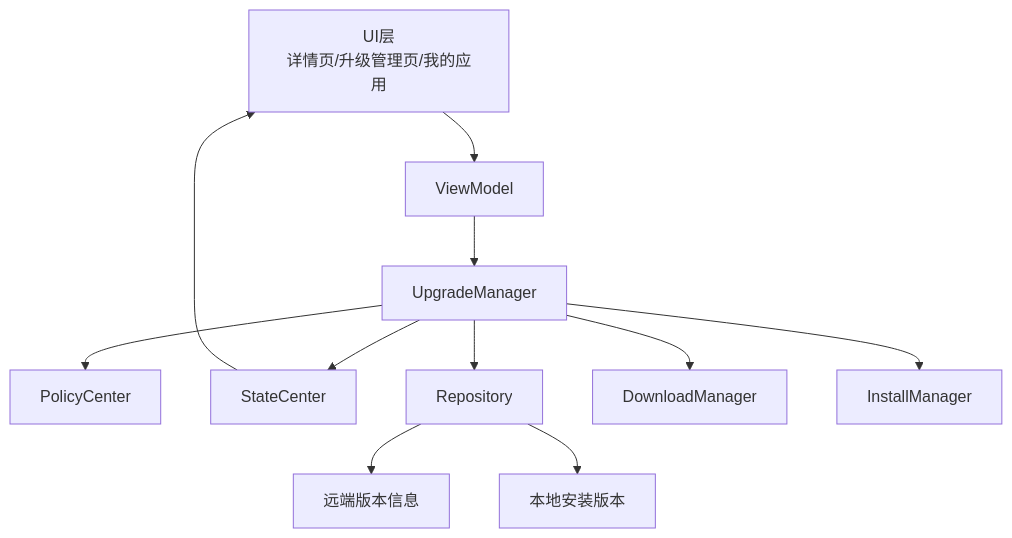
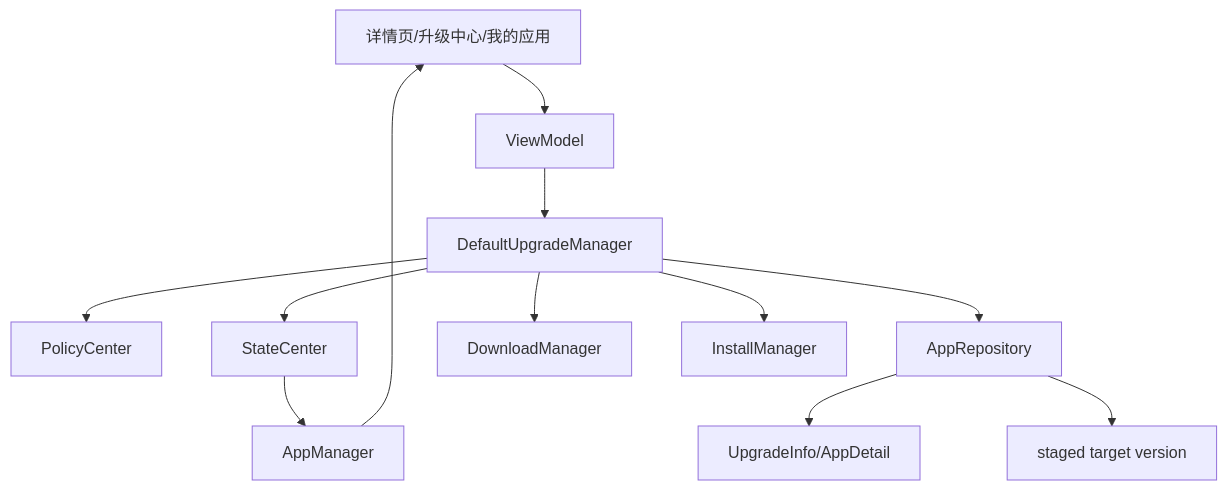
The first of 4 diagrams in docs/11-升级模块架构与流程.md (XZQ/CarAppStore), drawn with Mermaid before and after one commit. The commit also changed other lines of this file and 35 other files, not shown here.

Commit message:
Docs: reorganize architecture docs and handoff guide

````diff
--- a/docs/11-升级模块架构与流程.md
+++ b/docs/11-升级模块架构与流程.md
@@ -36,17 +36,17 @@
 ```mermaid
 flowchart TD
 
-UI[UI层\n详情页/升级管理页/我的应用] --> VM[ViewModel]
-VM --> UM[UpgradeManager]
+UI[详情页/升级中心/我的应用] --> VM[ViewModel]
+VM --> UM[DefaultUpgradeManager]
 
 UM --> PC[PolicyCenter]
 UM --> SC[StateCenter]
-UM --> REPO[Repository]
+UM --> REPO[AppRepository]
 UM --> DM[DownloadManager]
 UM --> IM[InstallManager]
 
-REPO --> REMOTE[远端版本信息]
-REPO --> LOCAL[本地安装版本]
-
-SC --> UI
+REPO --> REMOTE[UpgradeInfo/AppDetail]
+REPO --> LOCAL[staged target version]
+SC --> AM[AppManager]
+AM --> UI
 ```
````
